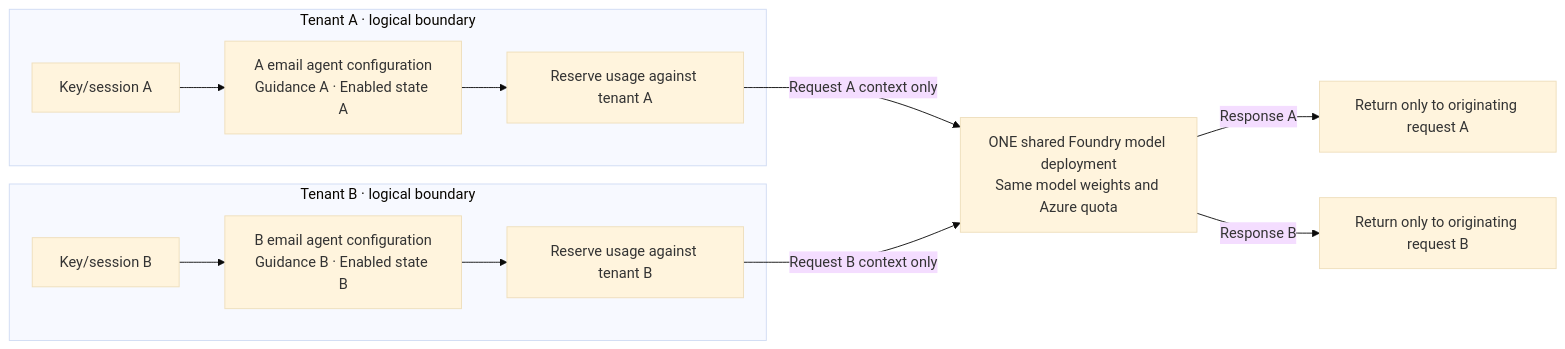
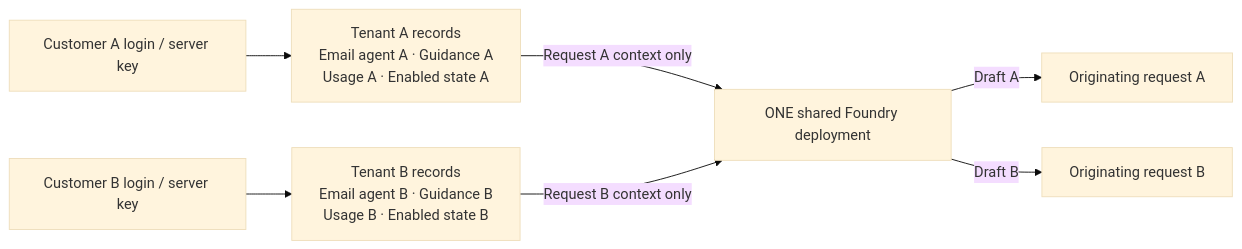
One commit to sumitsharma01/soloai changed the third of 3 diagrams in docs/ARCHITECTURE.md. Above: the diagram before and after it, drawn with Mermaid (base theme). The commit also changed other lines of this file and 19 other files, not shown here.

````diff
--- a/docs/ARCHITECTURE.md
+++ b/docs/ARCHITECTURE.md
@@ -124,15 +91,9 @@
 ```mermaid
 flowchart LR
-    subgraph A["Tenant A · logical boundary"]
-      KA["Key/session A"] --> CA["A email agent configuration<br/>Guidance A · Enabled state A"]
-      CA --> UA["Reserve usage against tenant A"]
-    end
-    subgraph B["Tenant B · logical boundary"]
-      KB["Key/session B"] --> CB["B email agent configuration<br/>Guidance B · Enabled state B"]
-      CB --> UB["Reserve usage against tenant B"]
-    end
-    UA -->|"Request A context only"| M["ONE shared Foundry model deployment<br/>Same model weights and Azure quota"]
-    UB -->|"Request B context only"| M
-    M -->|"Response A"| RA["Return only to originating request A"]
-    M -->|"Response B"| RB["Return only to originating request B"]
+    A["Customer A login / server key"] --> CA["Tenant A records<br/>Email agent A · Guidance A<br/>Usage A · Enabled state A"]
+    B["Customer B login / server key"] --> CB["Tenant B records<br/>Email agent B · Guidance B<br/>Usage B · Enabled state B"]
+    CA -->|"Request A context only"| M["ONE shared Foundry deployment"]
+    CB -->|"Request B context only"| M
+    M -->|"Draft A"| RA["Originating request A"]
+    M -->|"Draft B"| RB["Originating request B"]
 ```
````
